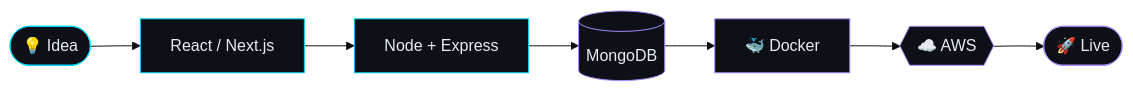
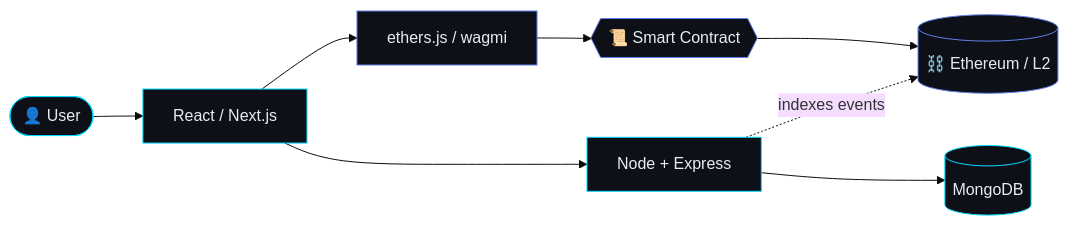
The diagram in README.md (Mayur-Bhil/Mayur-Bhil), drawn with Mermaid (base theme) before and after one commit. The commit also changed other lines of this file, not shown here.

````diff
--- a/README.md
+++ b/README.md
@@ -9640,13 +7772,14 @@
 ```mermaid
 flowchart LR
-    A([💡 Idea]) --> B[React / Next.js]
-    B --> C[Node + Express]
-    C --> D[(MongoDB)]
-    D --> E[🐳 Docker]
-    E --> F{{☁️ AWS}}
-    F --> G([🚀 Live])
-    classDef a fill:#0d1117,stroke:#00d9ff,color:#e6edf3
-    classDef b fill:#0d1117,stroke:#a78bfa,color:#e6edf3
-    class A,B,C a
-    class D,E,F,G b
+    A([👤 User]) --> B[React / Next.js]
+    B --> C[ethers.js / wagmi]
+    C --> D{{📜 Smart Contract}}
+    D --> E[(⛓️ Ethereum / L2)]
+    B --> F[Node + Express]
+    F --> G[(MongoDB)]
+    F -. indexes events .-> E
+    classDef web2 fill:#0d1117,stroke:#00d9ff,color:#e6edf3
+    classDef web3 fill:#0d1117,stroke:#627EEA,color:#e6edf3
+    class A,B,F,G web2
+    class C,D,E web3
 ```
````
